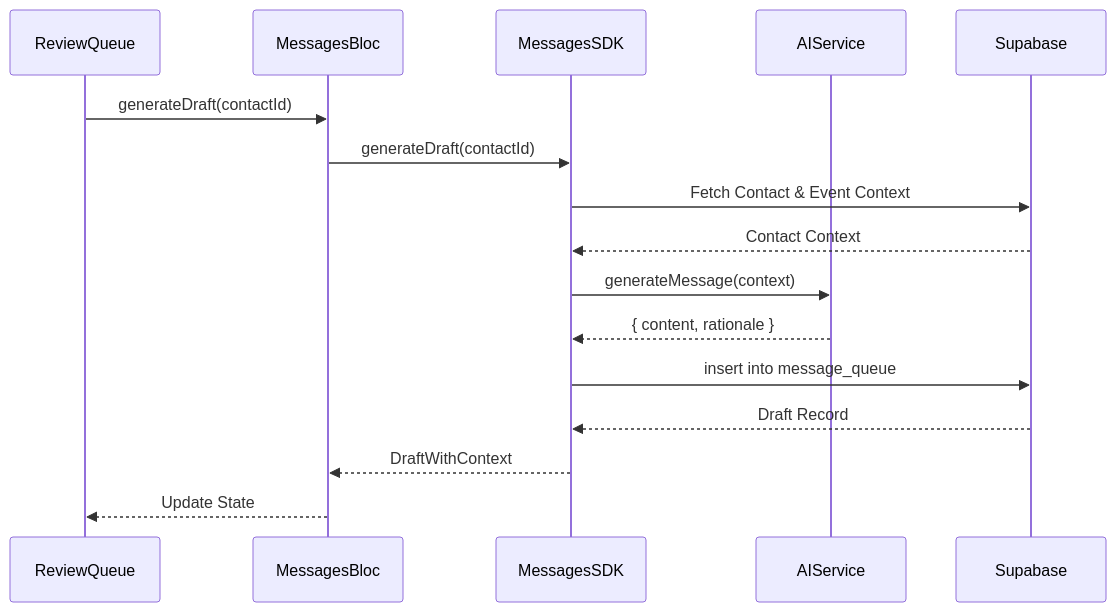
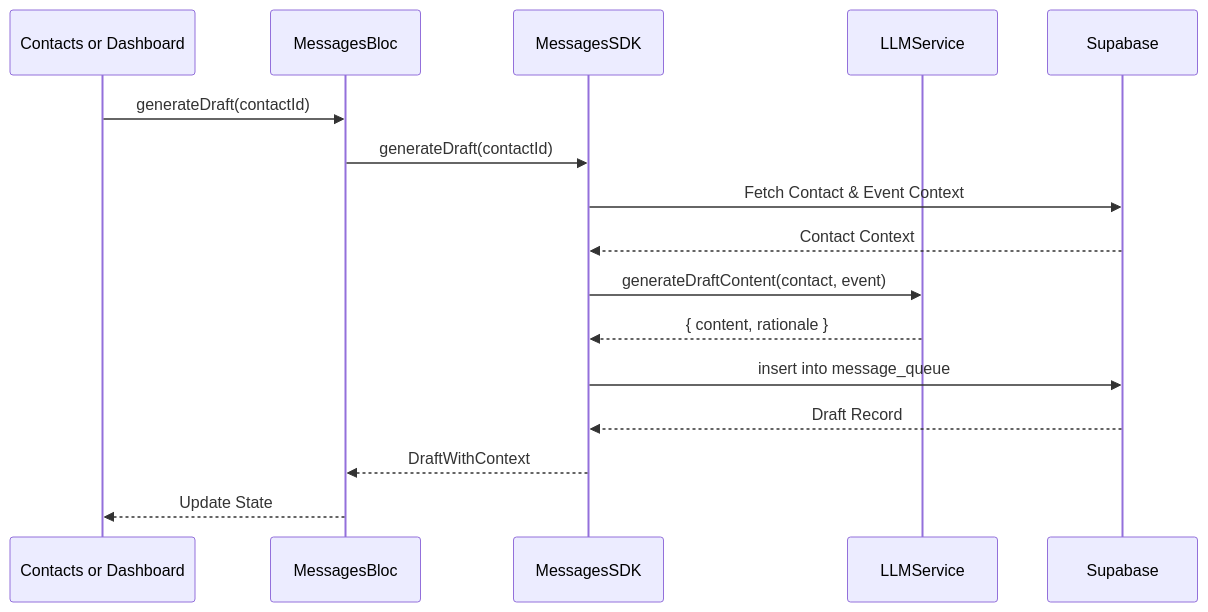
Before and after one commit to aaron-seq/SocialSync-Calendar-Relationship-Manager-Bot: the second of 2 diagrams in frontend/docs/architecture.md, drawn with Mermaid. The commit also changed other lines of this file and 7 other files, not shown here.

````diff
--- a/frontend/docs/architecture.md
+++ b/frontend/docs/architecture.md
@@ -63,19 +63,19 @@
 ```mermaid
 sequenceDiagram
-    participant UI as ReviewQueue
+    participant UI as Contacts or Dashboard
     participant Bloc as MessagesBloc
     participant SDK as MessagesSDK
-    participant AI as AIService
+    participant AI as LLMService
     participant DB as Supabase
 
     UI->>Bloc: generateDraft(contactId)
     Bloc->>SDK: generateDraft(contactId)
     SDK->>DB: Fetch Contact & Event Context
     DB-->>SDK: Contact Context
-    SDK->>AI: generateMessage(context)
+    SDK->>AI: generateDraftContent(contact, event)
     AI-->>SDK: { content, rationale }
     SDK->>DB: insert into message_queue
     DB-->>SDK: Draft Record
     SDK-->>Bloc: DraftWithContext
     Bloc-->>UI: Update State
 ```
````
